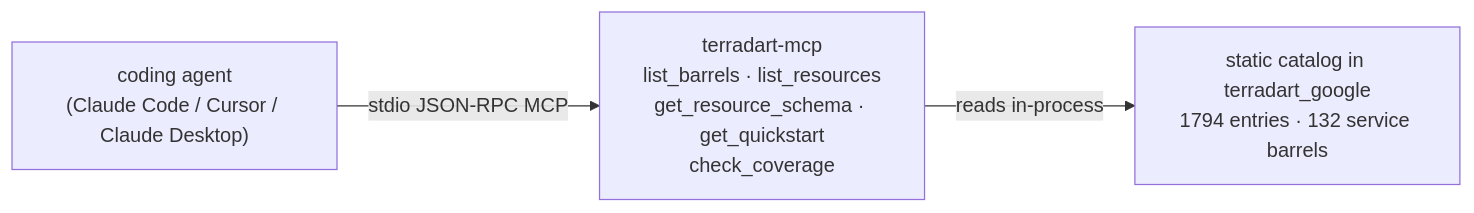
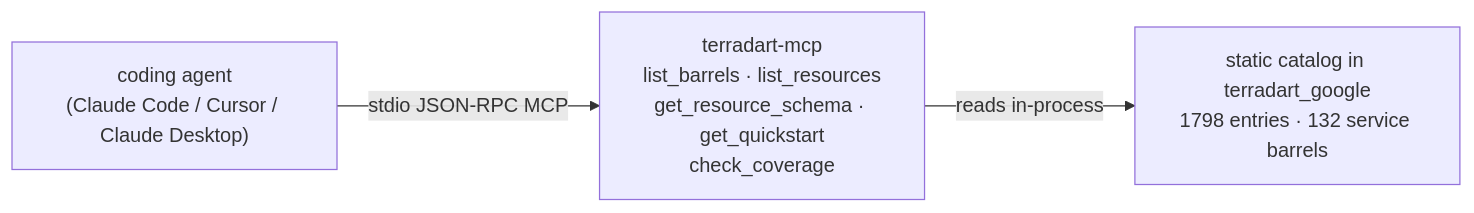
Before and after one commit to nozomi-koborinai/terradart: the diagram in website/src/content/docs/docs/agent/index.md, drawn with Mermaid. The commit also changed other lines of this file and 27 other files, not shown here.

````diff
--- a/website/src/content/docs/docs/agent/index.md
+++ b/website/src/content/docs/docs/agent/index.md
@@ -12,8 +12,8 @@
 ```mermaid
 graph LR
   agent["coding agent<br/>(Claude Code / Cursor / Claude Desktop)"]
   mcp["terradart-mcp<br/>list_barrels · list_resources<br/>get_resource_schema · get_quickstart<br/>check_coverage"]
-  catalog["static catalog in terradart_google<br/>1794 entries · 132 service barrels"]
+  catalog["static catalog in terradart_google<br/>1798 entries · 132 service barrels"]
   agent -->|stdio JSON-RPC MCP| mcp
   mcp -->|reads in-process| catalog
 ```
````
